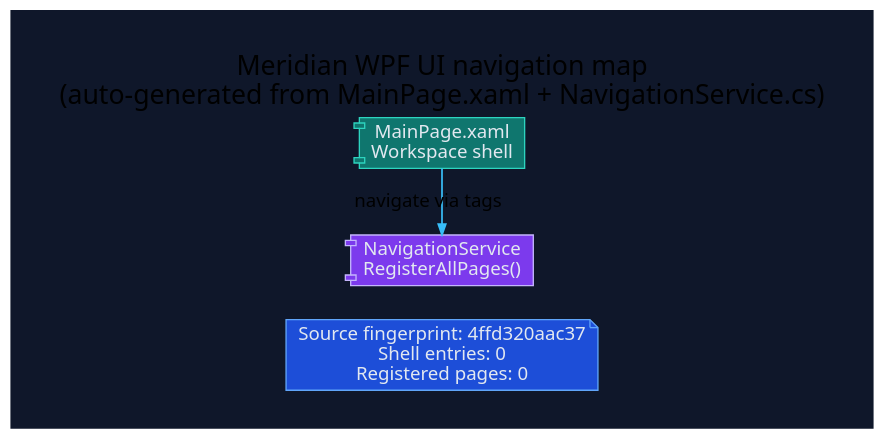
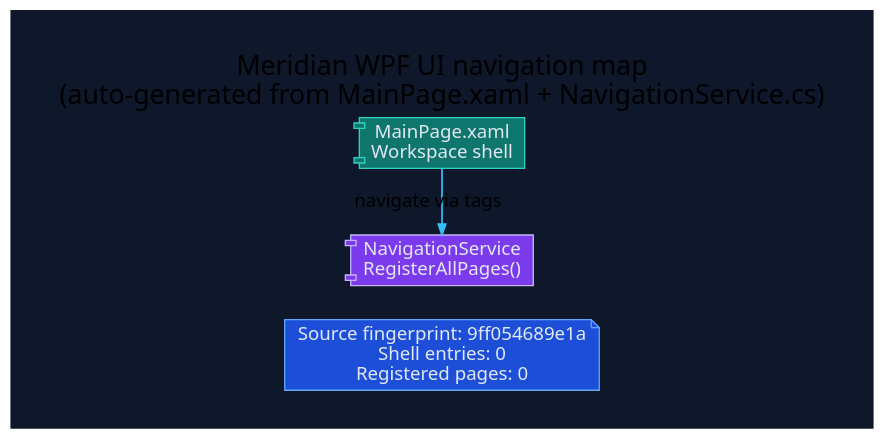
One commit to rodoHasArrived/Meridian-main changed the diagram in docs/diagrams/ui-navigation-map.dot. Above: the diagram before and after it, drawn with Graphviz. The commit also changed 5 other files, not shown here.

Commit message:
docs(diagrams): regenerate diagram artifacts from sources

```diff
--- a/docs/diagrams/ui-navigation-map.dot
+++ b/docs/diagrams/ui-navigation-map.dot
@@ -1,27 +1,27 @@
 // -----------------------------------------------------------------------------
 // <auto-generated>
 // Generated by scripts/generate-diagrams.mjs.
 // Do not edit this file directly; update the WPF source files instead.
 // -----------------------------------------------------------------------------
 digraph UiNavigationMap {
   graph [
     rankdir=LR,
     labelloc=t,
     label="Meridian WPF UI navigation map\n(auto-generated from MainPage.xaml + NavigationService.cs)",
     fontname="Segoe UI",
     fontsize=20,
     pad=0.4,
     nodesep=0.35,
     ranksep=1.0,
     bgcolor="#0f172a"
   ];
   node [fontname="Segoe UI", shape=box, style="rounded,filled", color="#475569", fontcolor="#e2e8f0", fillcolor="#1e293b"];
   edge [fontname="Segoe UI", color="#94a3b8", penwidth=1.3, arrowsize=0.8];
 
-  generated [shape=note, fillcolor="#1d4ed8", color="#60a5fa", label="Source fingerprint: 4ffd320aac37\nShell entries: 0\nRegistered pages: 0"];
+  generated [shape=note, fillcolor="#1d4ed8", color="#60a5fa", label="Source fingerprint: 9ff054689e1a\nShell entries: 0\nRegistered pages: 0"];
   shell [shape=component, fillcolor="#0f766e", color="#2dd4bf", label="MainPage.xaml\nWorkspace shell"];
   navigation [shape=component, fillcolor="#7c3aed", color="#c4b5fd", label="NavigationService\nRegisterAllPages()"];
   shell -> navigation [label="navigate via tags", color="#38bdf8"];
 
   { rank=min; generated; shell; navigation; }
 }
```
